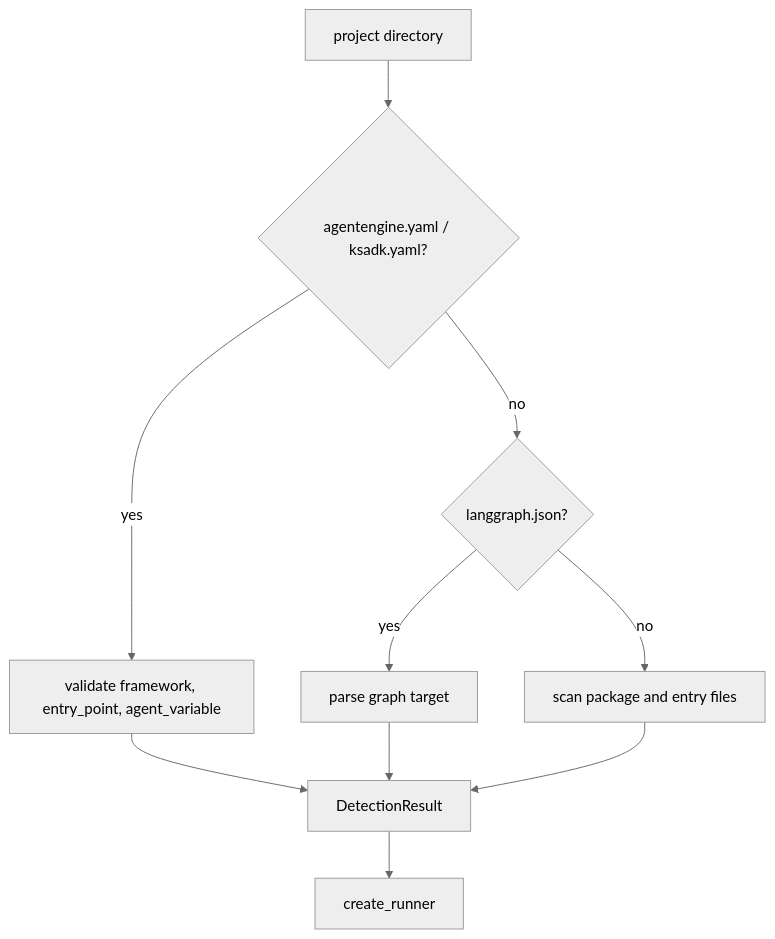
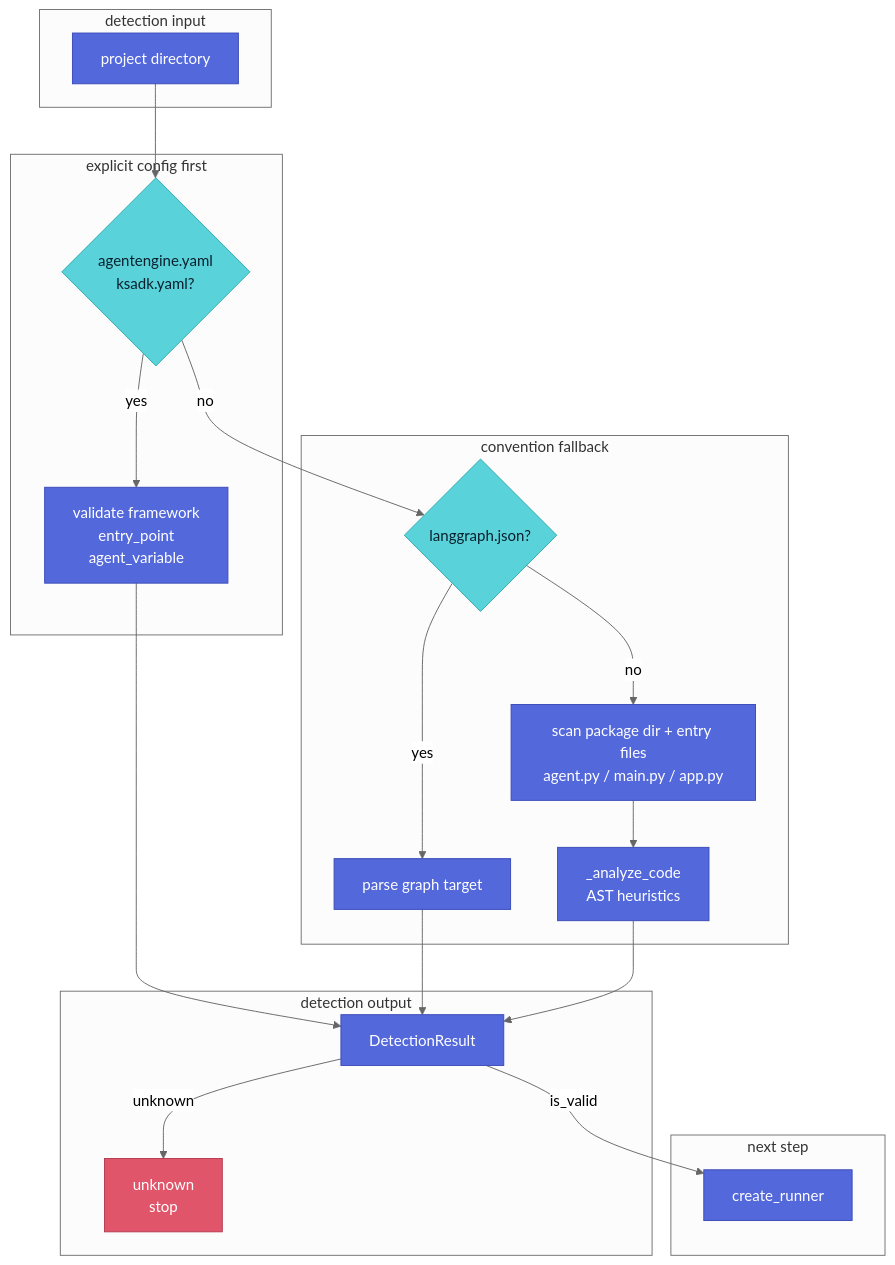
Before and after one commit to kingsoftcloud/ksadk-python: the third of 4 diagrams in docs-site/content/docs/framework/guides/runtime-architecture.en.mdx, drawn with Mermaid (neutral theme). The commit also changed other lines of this file and 33 other files, not shown here.

````diff
--- a/docs-site/content/docs/framework/guides/runtime-architecture.en.mdx
+++ b/docs-site/content/docs/framework/guides/runtime-architecture.en.mdx
@@ -96,12 +197,42 @@
 ```mermaid
 flowchart TD
-  A["project directory"] --> B{"agentengine.yaml / ksadk.yaml?"}
-  B -->|yes| C["validate framework, entry_point, agent_variable"]
-  B -->|no| D{"langgraph.json?"}
-  D -->|yes| E["parse graph target"]
-  D -->|no| F["scan package and entry files"]
-  C --> G["DetectionResult"]
-  E --> G
-  F --> G
-  G --> H["create_runner"]
+  classDef brand fill:#5368db,stroke:#3a4ab8,color:#fff
+  classDef accent fill:#59d3d9,stroke:#2fa9af,color:#0a1f2e
+  classDef stop fill:#e0556a,stroke:#b53a4f,color:#fff
+
+  subgraph Inputs["detection input"]
+    Dir["project directory"]
+  end
+  subgraph Explicit["explicit config first"]
+    Cfg{"agentengine.yaml<br/>ksadk.yaml?"}
+    Validate["validate framework<br/>entry_point<br/>agent_variable"]
+  end
+  subgraph Convention["convention fallback"]
+    LGJson{"langgraph.json?"}
+    GraphTarget["parse graph target"]
+    Scan["scan package dir + entry files<br/>agent.py / main.py / app.py"]
+    Analyze["_analyze_code<br/>AST heuristics"]
+  end
+  subgraph Out["detection output"]
+    Result["DetectionResult"]
+    Unknown["unknown<br/>stop"]:::stop
+  end
+  subgraph Next["next step"]
+    Create["create_runner"]
+  end
+
+  Dir --> Cfg
+  Cfg -->|"yes"| Validate
+  Cfg -->|"no"| LGJson
+  LGJson -->|"yes"| GraphTarget
+  LGJson -->|"no"| Scan
+  Scan --> Analyze
+  Validate --> Result
+  GraphTarget --> Result
+  Analyze --> Result
+  Result -->|"is_valid"| Create
+  Result -->|"unknown"| Unknown
+
+  class Dir,Validate,GraphTarget,Scan,Analyze,Result,Create brand
+  class Cfg,LGJson accent
 ```
````
